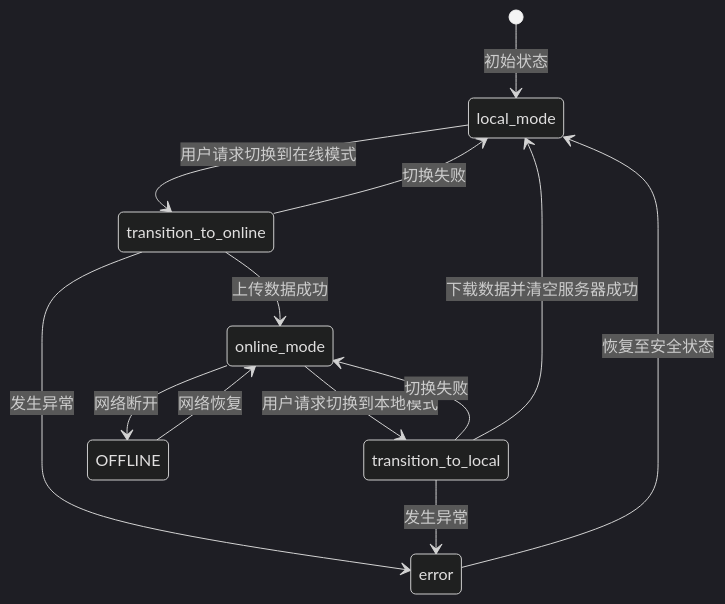
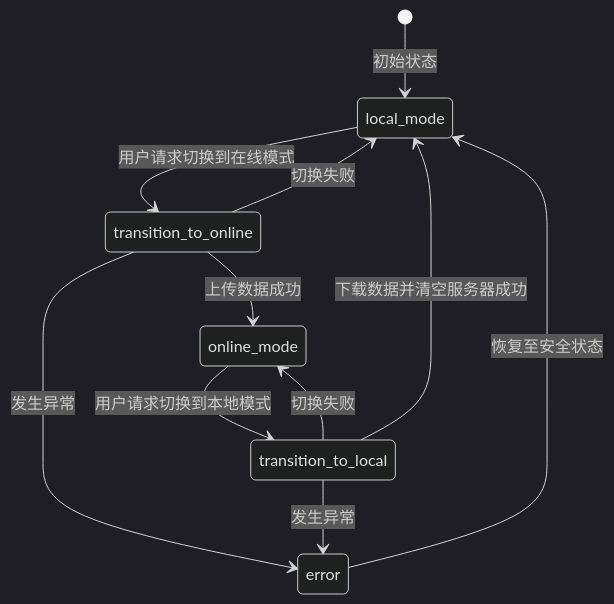
The diagram in all/未命名-48.md (yingjianzh/iodraw-files), drawn with Mermaid (dark theme) before and after one commit.

Commit message:
2025-05-07 16:32:58 update

````diff
--- a/all/未命名-48.md
+++ b/all/未命名-48.md
@@ -1,21 +1,19 @@
 ```mermaid
 
 stateDiagram-v2
     [*] --> local_mode: 初始状态
     
     local_mode --> transition_to_online: 用户请求切换到在线模式
     transition_to_online --> local_mode: 切换失败
     transition_to_online --> online_mode: 上传数据成功
     
     online_mode --> transition_to_local: 用户请求切换到本地模式
     transition_to_local --> online_mode: 切换失败
     transition_to_local --> local_mode: 下载数据并清空服务器成功
     
-    online_mode --> OFFLINE: 网络断开
-    OFFLINE --> online_mode: 网络恢复
     
     transition_to_online --> error: 发生异常
     transition_to_local --> error: 发生异常
     error --> local_mode: 恢复至安全状态
 
 ```
````
